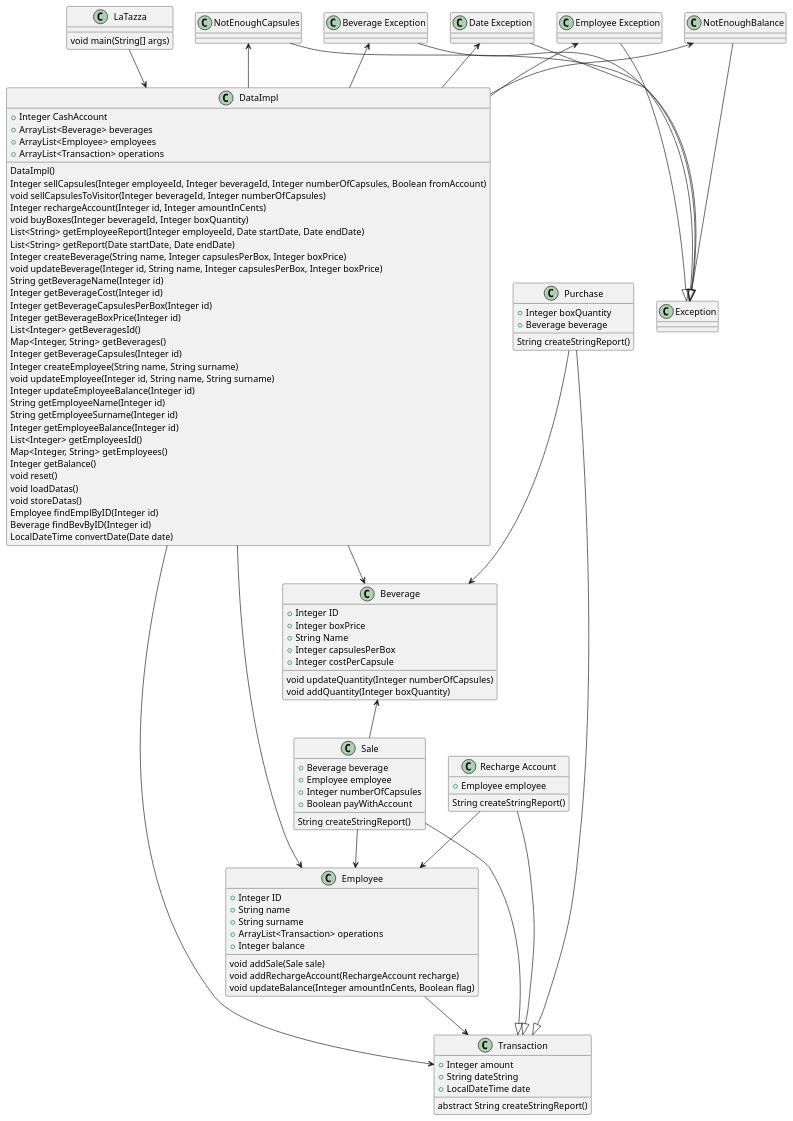
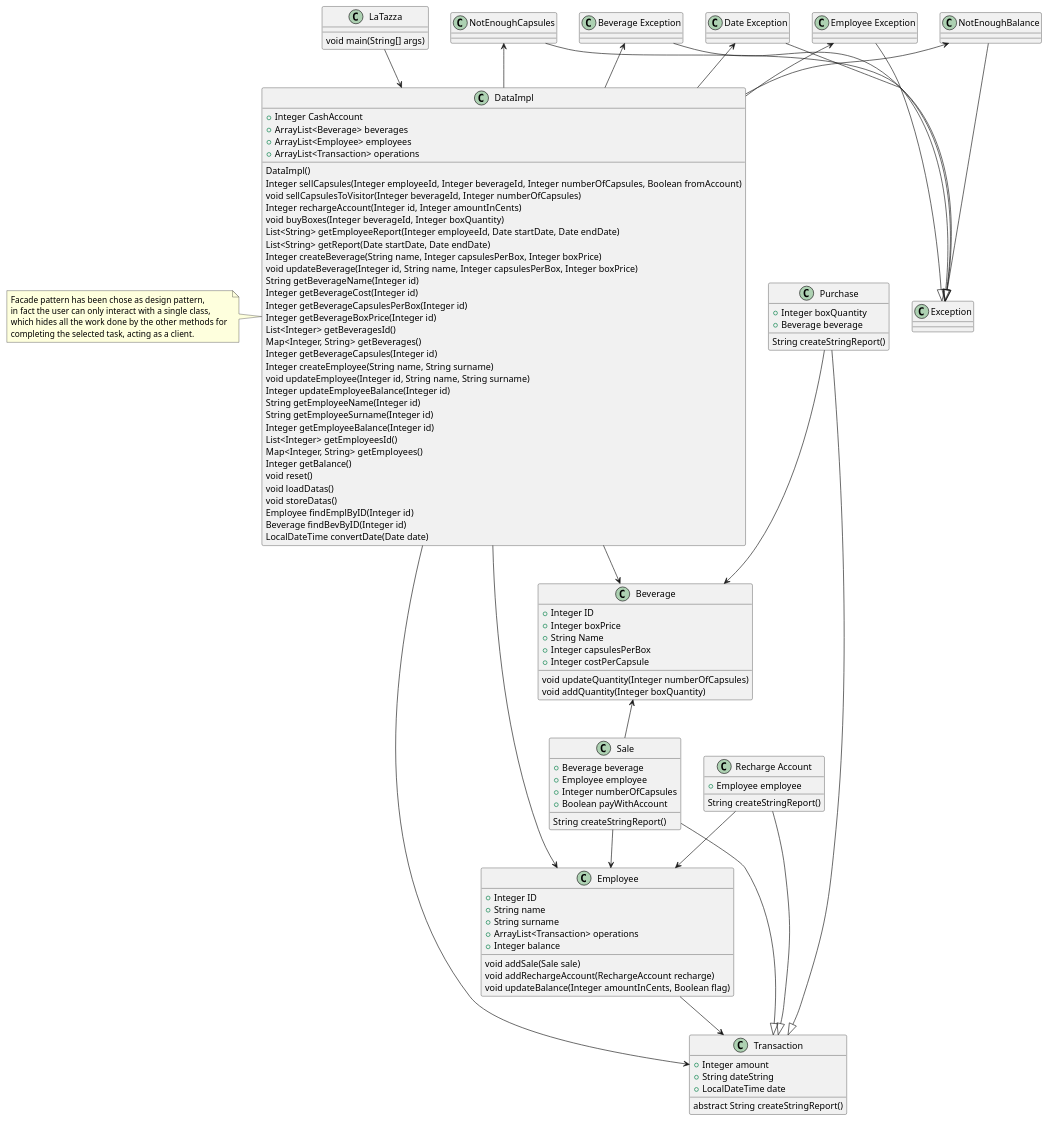
Before and after one commit to DarkSee/LaTazza: the third of 5 diagrams in templates/DesignDocumentTemplate.md, drawn with PlantUML. The commit also changed other lines of this file, not shown here.

```diff
--- a/templates/DesignDocumentTemplate.md
+++ b/templates/DesignDocumentTemplate.md
@@ -95,6 +108,12 @@
 Beverage findBevByID(Integer id)
 LocalDateTime convertDate(Date date)
 }
+note left
+        Facade pattern has been chose as design pattern,
+        in fact the user can only interact with a single class,
+        which hides all the work done by the other methods for 
+        completing the selected task, acting as a client.
+end note
 
 class "Employee" as E {
 +Integer ID
```
